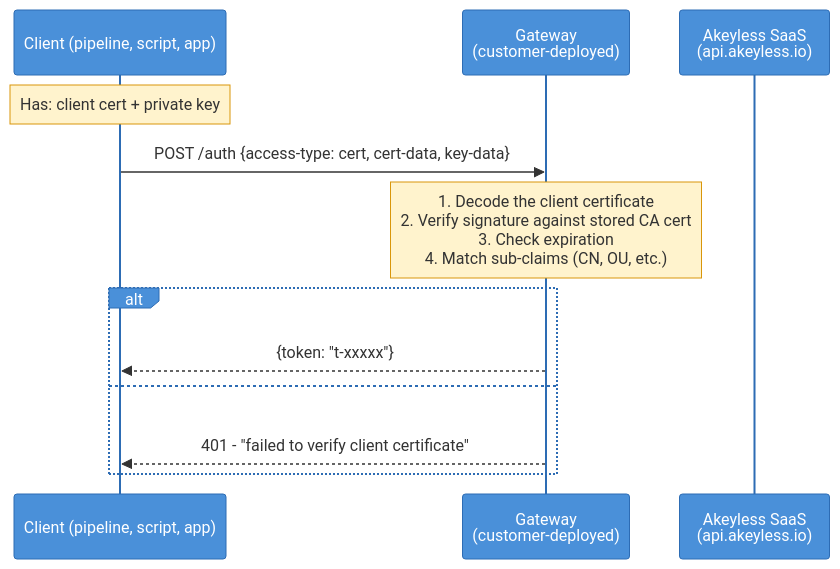
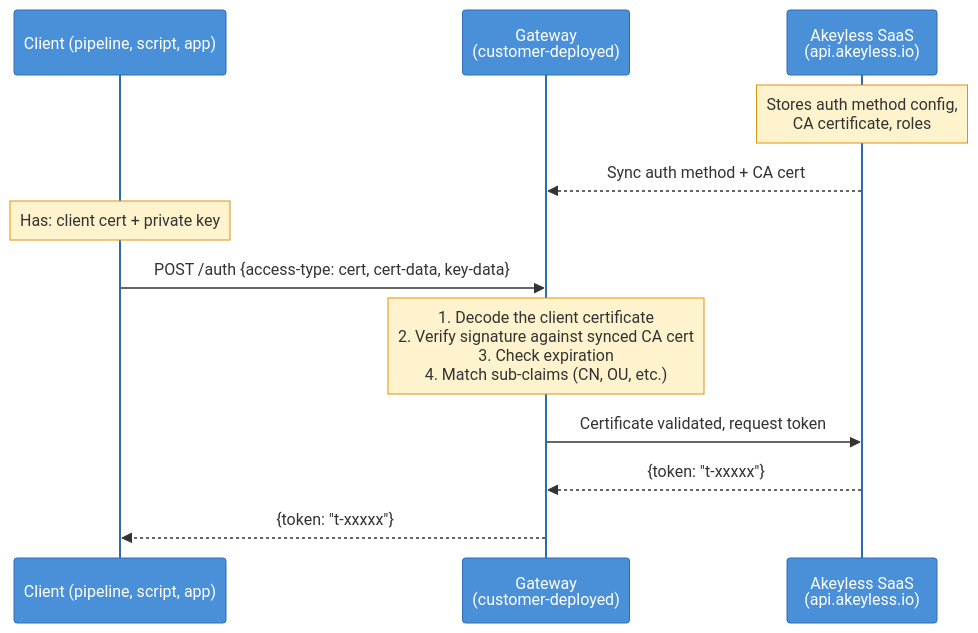
The second of 6 diagrams in README.md (Fahmy-Kadiri-akl/akeyless-certificate-auth), drawn with Mermaid before and after one commit. The commit also changed other lines of this file, not shown here.

Commit message:
Show full Gateway-to-SaaS flow in auth diagram

````diff
--- a/README.md
+++ b/README.md
@@ -69,31 +69,33 @@
 ```mermaid
 ---
 config:
   look: handDrawn
   theme: base
   themeVariables:
     actorBkg: "#4A90D9"
     actorTextColor: "#fff"
     actorBorder: "#2D6CB4"
     signalColor: "#333"
     noteBkgColor: "#FFF3CD"
     noteBorderColor: "#D9960A"
     noteTextColor: "#333"
 ---
 sequenceDiagram
     participant Client as Client (pipeline, script, app)
     participant GW as Gateway<br/>(customer-deployed)
     participant AKL as Akeyless SaaS<br/>(api.akeyless.io)
 
+    Note over AKL: Stores auth method config,<br/>CA certificate, roles
+
+    AKL-->>GW: Sync auth method + CA cert
+
     Note over Client: Has: client cert + private key
 
     Client->>GW: POST /auth {access-type: cert, cert-data, key-data}
 
-    Note over GW: 1. Decode the client certificate<br/>2. Verify signature against stored CA cert<br/>3. Check expiration<br/>4. Match sub-claims (CN, OU, etc.)
+    Note over GW: 1. Decode the client certificate<br/>2. Verify signature against synced CA cert<br/>3. Check expiration<br/>4. Match sub-claims (CN, OU, etc.)
 
-    alt Validation passes
-        GW-->>Client: {token: "t-xxxxx"}
-    else Validation fails
-        GW-->>Client: 401 - "failed to verify client certificate"
-    end
+    GW->>AKL: Certificate validated, request token
+    AKL-->>GW: {token: "t-xxxxx"}
+    GW-->>Client: {token: "t-xxxxx"}
 ```
````
